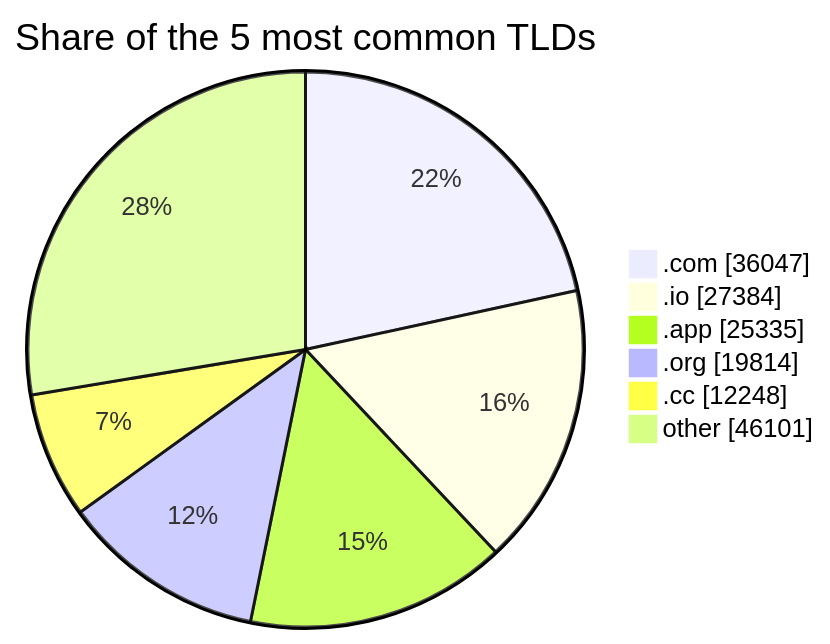
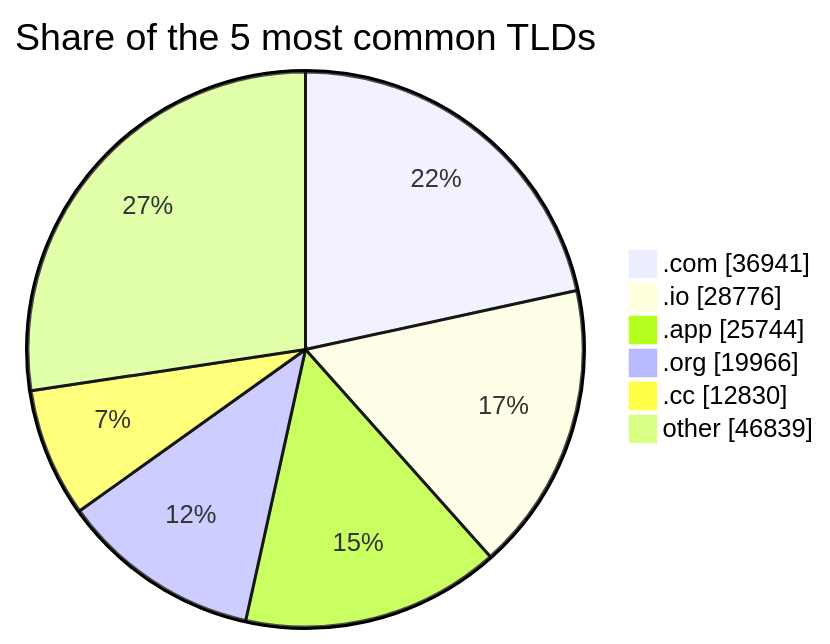
The third of 3 diagrams in README.md (DNSBunker/CTI), drawn with Mermaid before and after one commit. The commit also changed other lines of this file and 4 other files, not shown here.

````diff
--- a/README.md
+++ b/README.md
@@ -81,9 +81,9 @@
 ```mermaid
 pie showData title Share of the 5 most common TLDs
-    ".com" : 36047
-    ".io" : 27384
-    ".app" : 25335
-    ".org" : 19814
-    ".cc" : 12248
-    "other" : 46101
+    ".com" : 36941
+    ".io" : 28776
+    ".app" : 25744
+    ".org" : 19966
+    ".cc" : 12830
+    "other" : 46839
 ```
````
